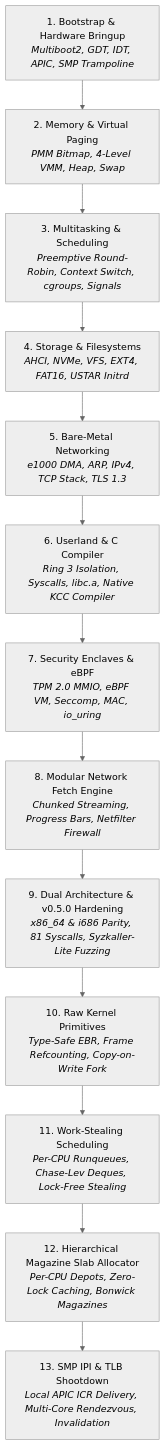
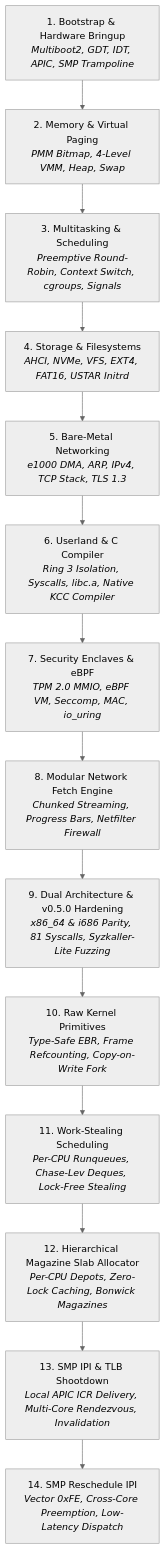
The diagram in docs/journey/README.md (mrvlous/keira), drawn with Mermaid (neutral theme) before and after one commit. The commit also changed other lines of this file and 3 other files, not shown here.

Commit message:
docs(smp): document Milestone 14 Reschedule IPI framework and preemption architecture

````diff
--- a/docs/journey/README.md
+++ b/docs/journey/README.md
@@ -11,15 +11,16 @@
 ```mermaid
 graph TD
     M1["1. Bootstrap & Hardware Bringup<br/><i>Multiboot2, GDT, IDT, APIC, SMP Trampoline</i>"] --> M2["2. Memory & Virtual Paging<br/><i>PMM Bitmap, 4-Level VMM, Heap, Swap</i>"]
     M2 --> M3["3. Multitasking & Scheduling<br/><i>Preemptive Round-Robin, Context Switch, cgroups, Signals</i>"]
     M3 --> M4["4. Storage & Filesystems<br/><i>AHCI, NVMe, VFS, EXT4, FAT16, USTAR Initrd</i>"]
     M4 --> M5["5. Bare-Metal Networking<br/><i>e1000 DMA, ARP, IPv4, TCP Stack, TLS 1.3</i>"]
     M5 --> M6["6. Userland & C Compiler<br/><i>Ring 3 Isolation, Syscalls, libc.a, Native KCC Compiler</i>"]
     M6 --> M7["7. Security Enclaves & eBPF<br/><i>TPM 2.0 MMIO, eBPF VM, Seccomp, MAC, io_uring</i>"]
     M7 --> M8["8. Modular Network Fetch Engine<br/><i>Chunked Streaming, Progress Bars, Netfilter Firewall</i>"]
     M8 --> M9["9. Dual Architecture & v0.5.0 Hardening<br/><i>x86_64 & i686 Parity, 81 Syscalls, Syzkaller-Lite Fuzzing</i>"]
     M9 --> M10["10. Raw Kernel Primitives<br/><i>Type-Safe EBR, Frame Refcounting, Copy-on-Write Fork</i>"]
     M10 --> M11["11. Work-Stealing Scheduling<br/><i>Per-CPU Runqueues, Chase-Lev Deques, Lock-Free Stealing</i>"]
     M11 --> M12["12. Hierarchical Magazine Slab Allocator<br/><i>Per-CPU Depots, Zero-Lock Caching, Bonwick Magazines</i>"]
     M12 --> M13["13. SMP IPI & TLB Shootdown<br/><i>Local APIC ICR Delivery, Multi-Core Rendezvous, Invalidation</i>"]
+    M13 --> M14["14. SMP Reschedule IPI<br/><i>Vector 0xFE, Cross-Core Preemption, Low-Latency Dispatch</i>"]
 ```
````
